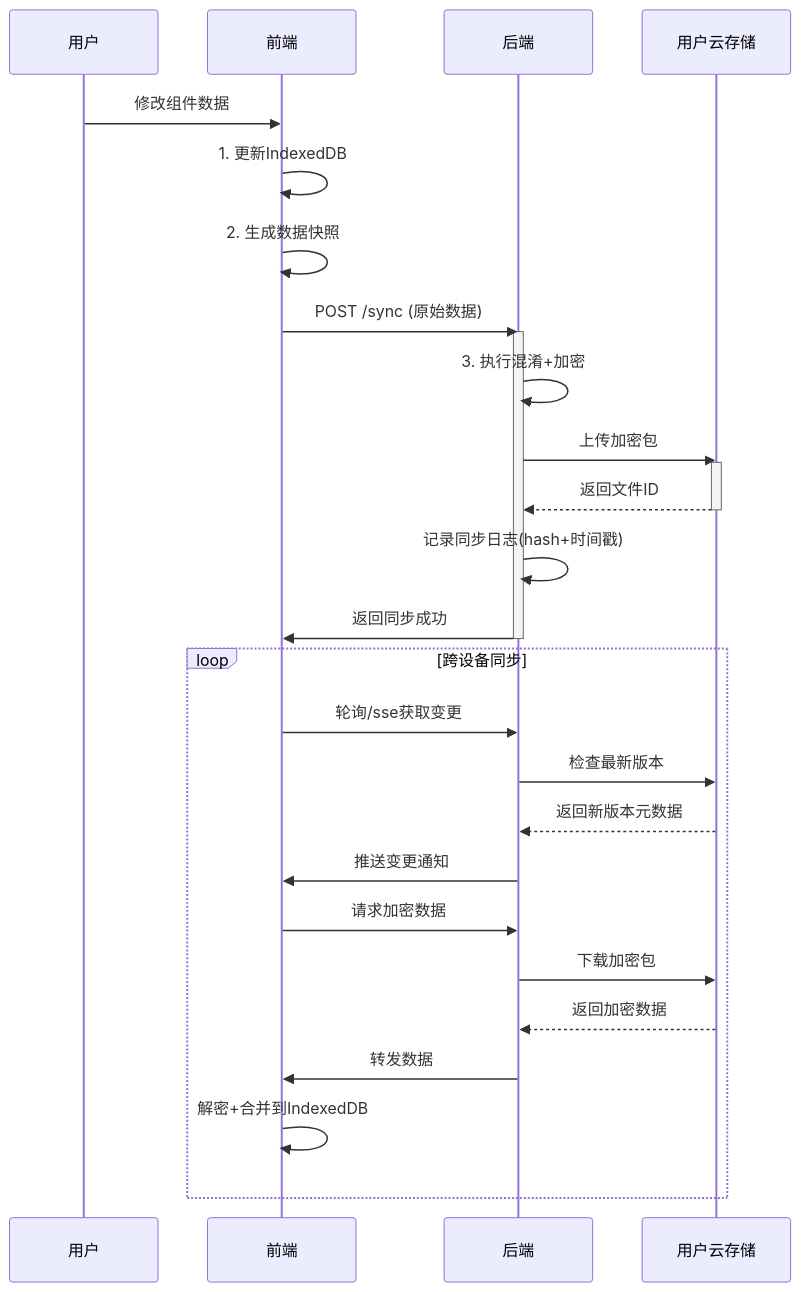
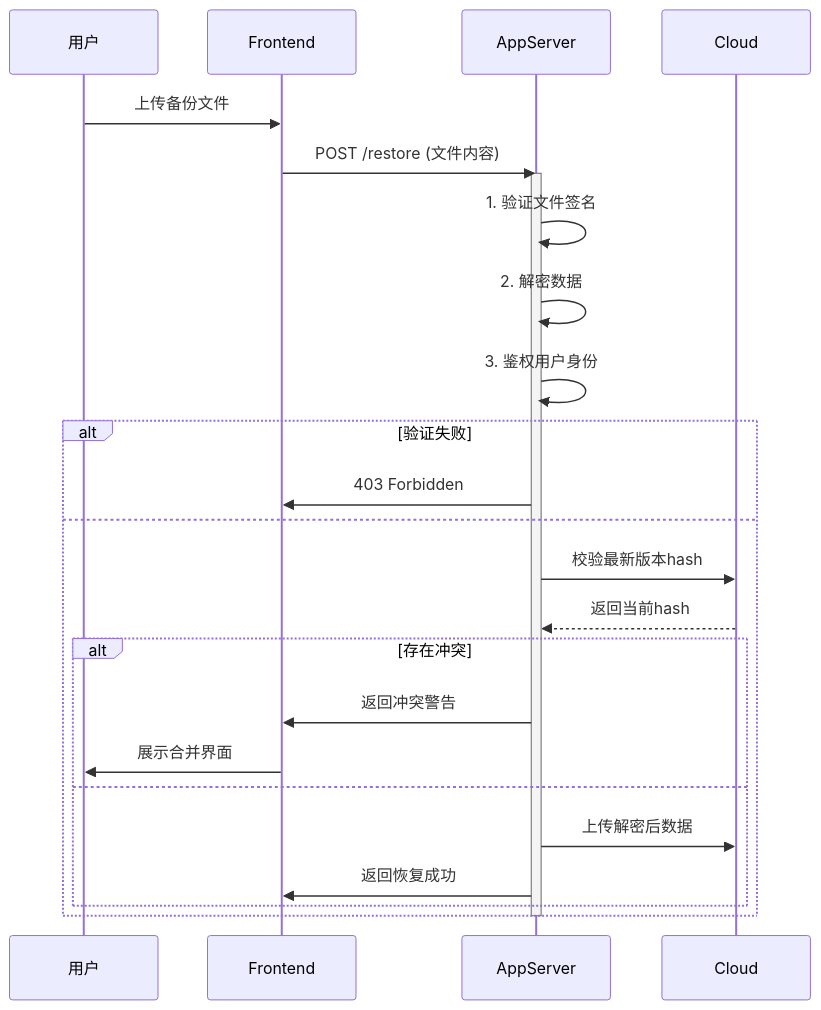
Before and after one commit to yingjianzh/iodraw-files: the diagram in all/未命名-34.md, drawn with Mermaid.

Commit message:
2025-04-17 10:17:10 update

````diff
--- a/all/未命名-34.md
+++ b/all/未命名-34.md
@@ -1,33 +1,28 @@
 ```mermaid
 sequenceDiagram
     participant User as 用户
-    participant Frontend as 前端
-    participant AppServer as 后端
-    participant Cloud as 用户云存储
+    participant Frontend
+    participant AppServer
+    participant Cloud
 
-    User->>Frontend: 修改组件数据
-    Frontend->>Frontend: 1. 更新IndexedDB
-    Frontend->>Frontend: 2. 生成数据快照
-    Frontend->>AppServer: POST /sync (原始数据)
+    User->>Frontend: 上传备份文件
+    Frontend->>AppServer: POST /restore (文件内容)
     activate AppServer
-    AppServer->>AppServer: 3. 执行混淆+加密
-    AppServer->>Cloud: 上传加密包
-    activate Cloud
-    Cloud-->>AppServer: 返回文件ID
-    deactivate Cloud
-    AppServer->>AppServer: 记录同步日志(hash+时间戳)
-    AppServer->>Frontend: 返回同步成功
+    AppServer->>AppServer: 1. 验证文件签名
+    AppServer->>AppServer: 2. 解密数据
+    AppServer->>AppServer: 3. 鉴权用户身份
+    alt 验证失败
+        AppServer->>Frontend: 403 Forbidden
+    else
+        AppServer->>Cloud: 校验最新版本hash
+        Cloud-->>AppServer: 返回当前hash
+        alt 存在冲突
+            AppServer->>Frontend: 返回冲突警告
+            Frontend->>User: 展示合并界面
+        else
+            AppServer->>Cloud: 上传解密后数据
+            AppServer->>Frontend: 返回恢复成功
+        end
+    end
     deactivate AppServer
-
-    loop 跨设备同步
-        Frontend->>AppServer: 轮询/sse获取变更
-        AppServer->>Cloud: 检查最新版本
-        Cloud-->>AppServer: 返回新版本元数据
-        AppServer->>Frontend: 推送变更通知
-        Frontend->>AppServer: 请求加密数据
-        AppServer->>Cloud: 下载加密包
-        Cloud-->>AppServer: 返回加密数据
-        AppServer->>Frontend: 转发数据
-        Frontend->>Frontend: 解密+合并到IndexedDB
-    end
 ```
````
